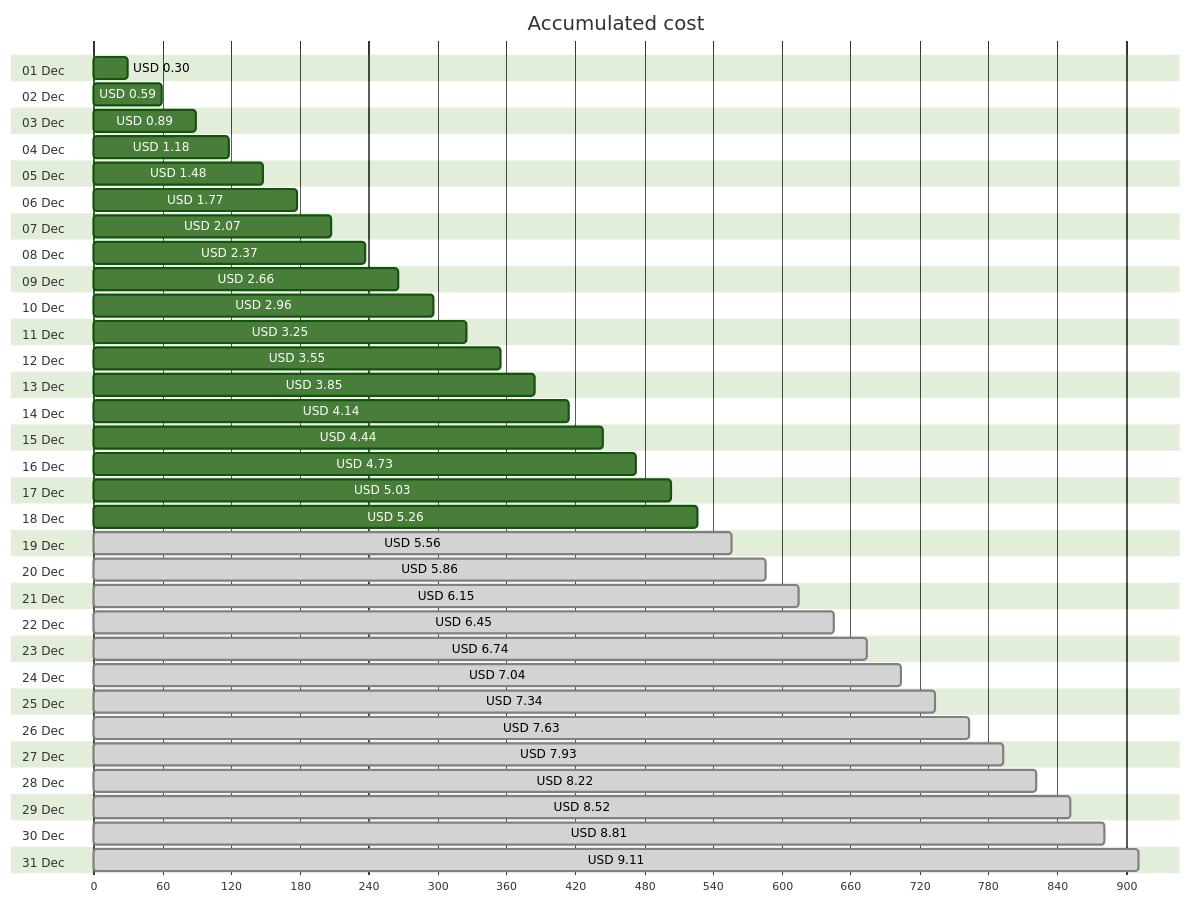
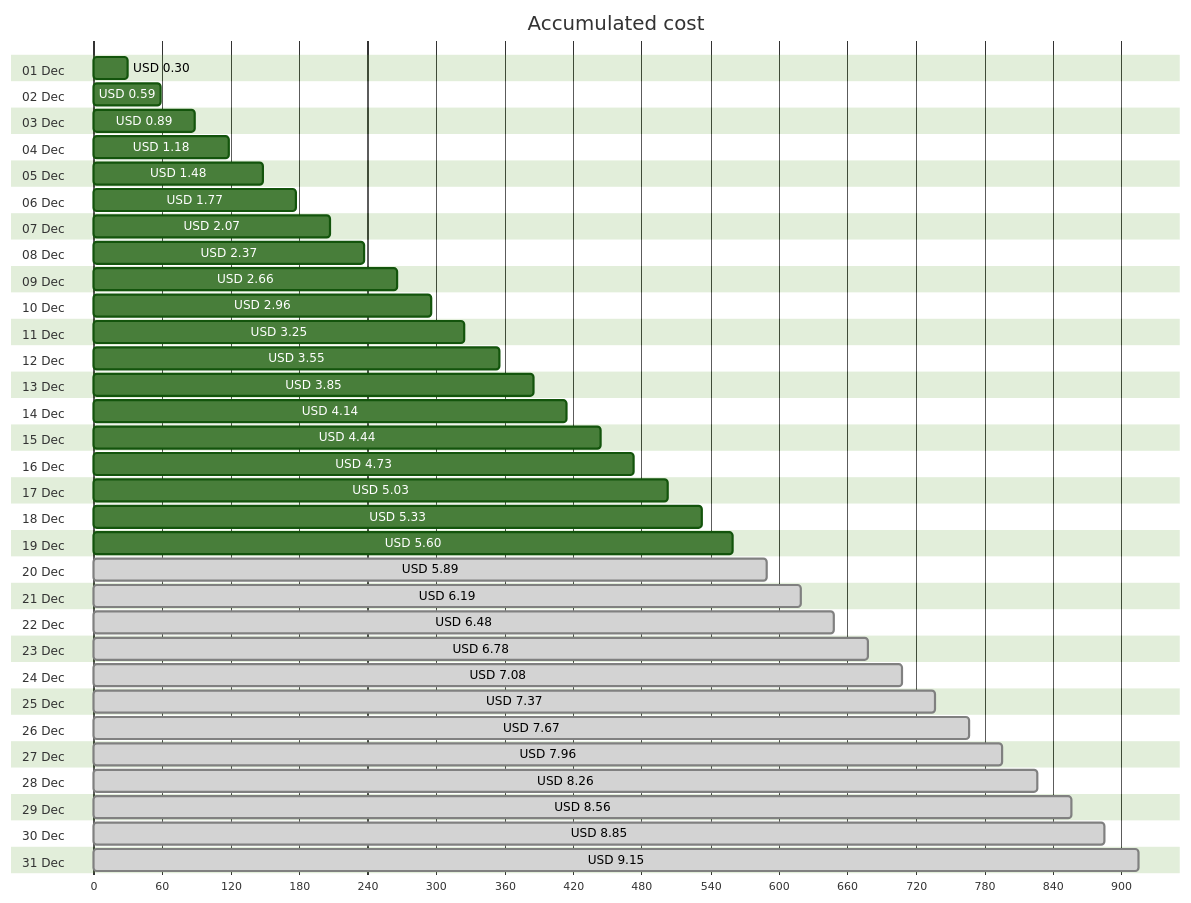
The first of 4 diagrams in cost-reports/personal-site/personal-site-preview.md (jpfulton/azure-personal-reports), drawn with Mermaid (forest theme) before and after one commit. The commit also changed other lines of this file and 6 other files, not shown here.

````diff
--- a/cost-reports/personal-site/personal-site-preview.md
+++ b/cost-reports/personal-site/personal-site-preview.md
@@ -20,68 +20,68 @@
 ```mermaid
 gantt
    title Accumulated cost
    dateFormat  X
    axisFormat %s
    section 01 Dec
    USD 0.30 :0, 30
    section 02 Dec
    USD 0.59 :0, 59
    section 03 Dec
    USD 0.89 :0, 89
    section 04 Dec
    USD 1.18 :0, 118
    section 05 Dec
    USD 1.48 :0, 148
    section 06 Dec
    USD 1.77 :0, 177
    section 07 Dec
    USD 2.07 :0, 207
    section 08 Dec
    USD 2.37 :0, 237
    section 09 Dec
    USD 2.66 :0, 266
    section 10 Dec
    USD 2.96 :0, 296
    section 11 Dec
    USD 3.25 :0, 325
    section 12 Dec
    USD 3.55 :0, 355
    section 13 Dec
    USD 3.85 :0, 385
    section 14 Dec
    USD 4.14 :0, 414
    section 15 Dec
    USD 4.44 :0, 444
    section 16 Dec
    USD 4.73 :0, 473
    section 17 Dec
    USD 5.03 :0, 503
    section 18 Dec
-   USD 5.26 :0, 526
+   USD 5.33 :0, 533
    section 19 Dec
-   USD 5.56 : done, 0, 556
+   USD 5.60 :0, 560
    section 20 Dec
-   USD 5.86 : done, 0, 586
+   USD 5.89 : done, 0, 589
    section 21 Dec
-   USD 6.15 : done, 0, 615
+   USD 6.19 : done, 0, 619
    section 22 Dec
-   USD 6.45 : done, 0, 645
+   USD 6.48 : done, 0, 648
    section 23 Dec
-   USD 6.74 : done, 0, 674
+   USD 6.78 : done, 0, 678
    section 24 Dec
-   USD 7.04 : done, 0, 704
+   USD 7.08 : done, 0, 708
    section 25 Dec
-   USD 7.34 : done, 0, 734
+   USD 7.37 : done, 0, 737
    section 26 Dec
-   USD 7.63 : done, 0, 763
+   USD 7.67 : done, 0, 767
    section 27 Dec
-   USD 7.93 : done, 0, 793
+   USD 7.96 : done, 0, 796
    section 28 Dec
-   USD 8.22 : done, 0, 822
+   USD 8.26 : done, 0, 826
    section 29 Dec
-   USD 8.52 : done, 0, 852
+   USD 8.56 : done, 0, 856
    section 30 Dec
-   USD 8.81 : done, 0, 881
+   USD 8.85 : done, 0, 885
    section 31 Dec
-   USD 9.11 : done, 0, 911
+   USD 9.15 : done, 0, 915
 ```
````
